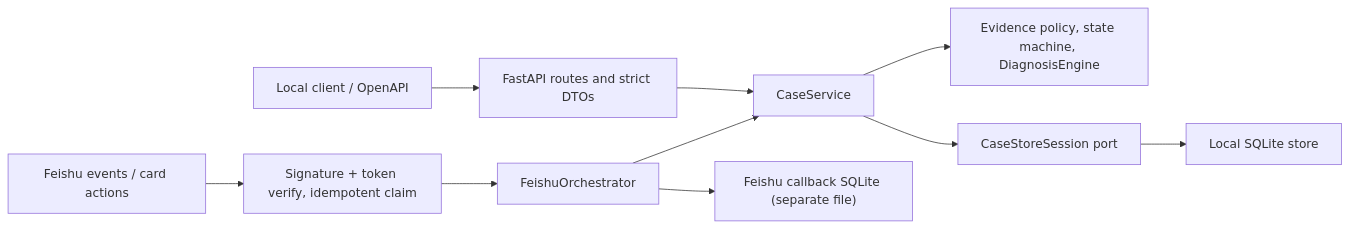
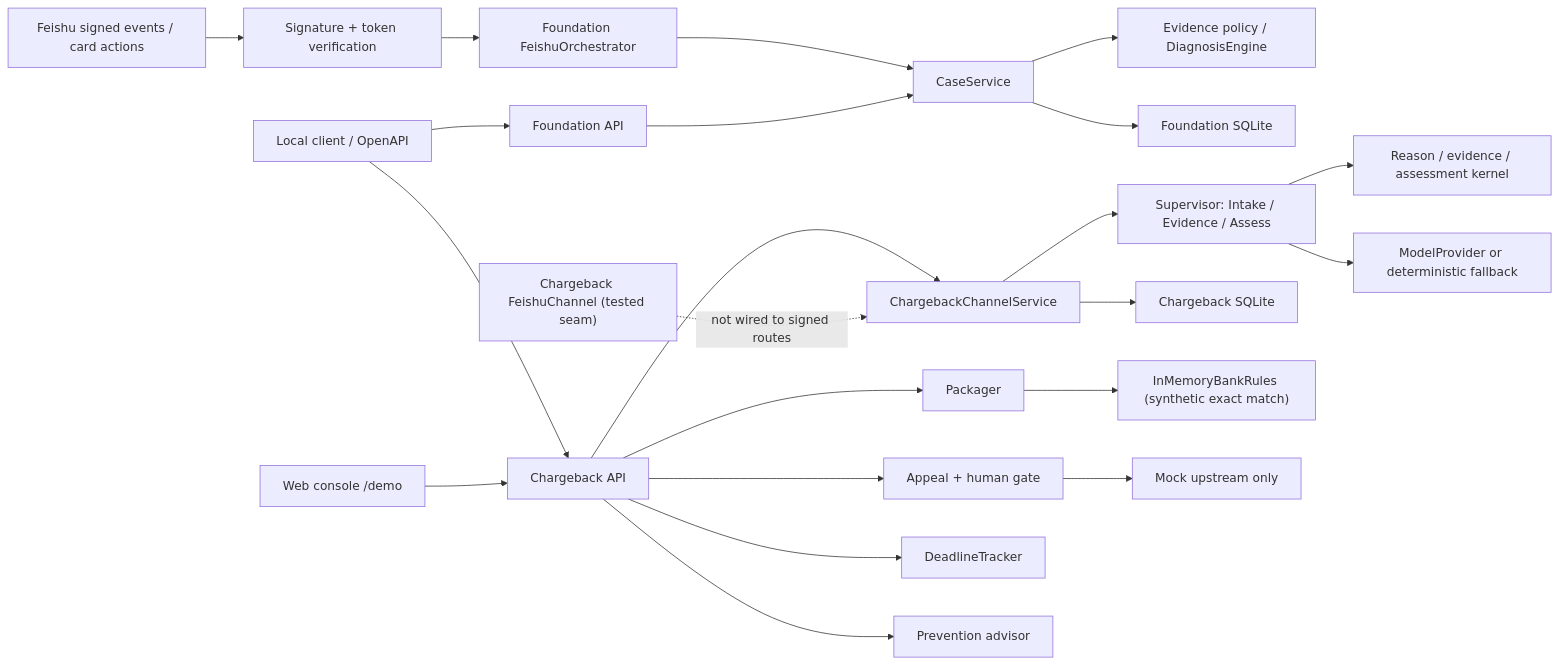
One commit to jiang4wqy/oceanpilot-evidenceos changed the diagram in docs/architecture.md. Above: the diagram before and after it, drawn with Mermaid. The commit also changed other lines of this file and 4 other files, not shown here.

````diff
--- a/docs/architecture.md
+++ b/docs/architecture.md
@@ -9,12 +20,28 @@
 ```mermaid
 flowchart LR
-    Client["Local client / OpenAPI"] --> API["FastAPI routes and strict DTOs"]
-    Feishu["Feishu events / card actions"] --> Verify["Signature + token verify, idempotent claim"]
-    Verify --> Orchestrator["FeishuOrchestrator"]
-    Orchestrator --> Service["CaseService"]
-    API --> Service
-    Service --> Domain["Evidence policy, state machine, DiagnosisEngine"]
-    Service --> Port["CaseStoreSession port"]
-    Port --> SQLite["Local SQLite store"]
-    Orchestrator --> FeishuStore["Feishu callback SQLite (separate file)"]
+    Client["Local client / OpenAPI"] --> FoundationAPI["Foundation API"]
+    Client --> ChargebackAPI["Chargeback API"]
+    Demo["Web console /demo"] --> ChargebackAPI
+
+    Feishu["Feishu signed events / card actions"] --> Verify["Signature + token verification"]
+    Verify --> FeishuOrchestrator["Foundation FeishuOrchestrator"]
+    FeishuOrchestrator --> FoundationService["CaseService"]
+    FoundationAPI --> FoundationService
+    FoundationService --> FoundationDomain["Evidence policy / DiagnosisEngine"]
+    FoundationService --> FoundationStore["Foundation SQLite"]
+
+    ChargebackAPI --> ChannelService["ChargebackChannelService"]
+    ChannelService --> Supervisor["Supervisor: Intake / Evidence / Assess"]
+    Supervisor --> ChargebackKernel["Reason / evidence / assessment kernel"]
+    ChannelService --> ChargebackStore["Chargeback SQLite"]
+    Supervisor --> ModelProvider["ModelProvider or deterministic fallback"]
+
+    ChargebackAPI --> Packager["Packager"]
+    Packager --> BankRules["InMemoryBankRules (synthetic exact match)"]
+    ChargebackAPI --> Appeal["Appeal + human gate"]
+    Appeal --> MockUpstream["Mock upstream only"]
+    ChargebackAPI --> Deadline["DeadlineTracker"]
+    ChargebackAPI --> Prevention["Prevention advisor"]
+
+    ChargebackFeishu["Chargeback FeishuChannel (tested seam)"] -. "not wired to signed routes" .-> ChannelService
 ```
````
